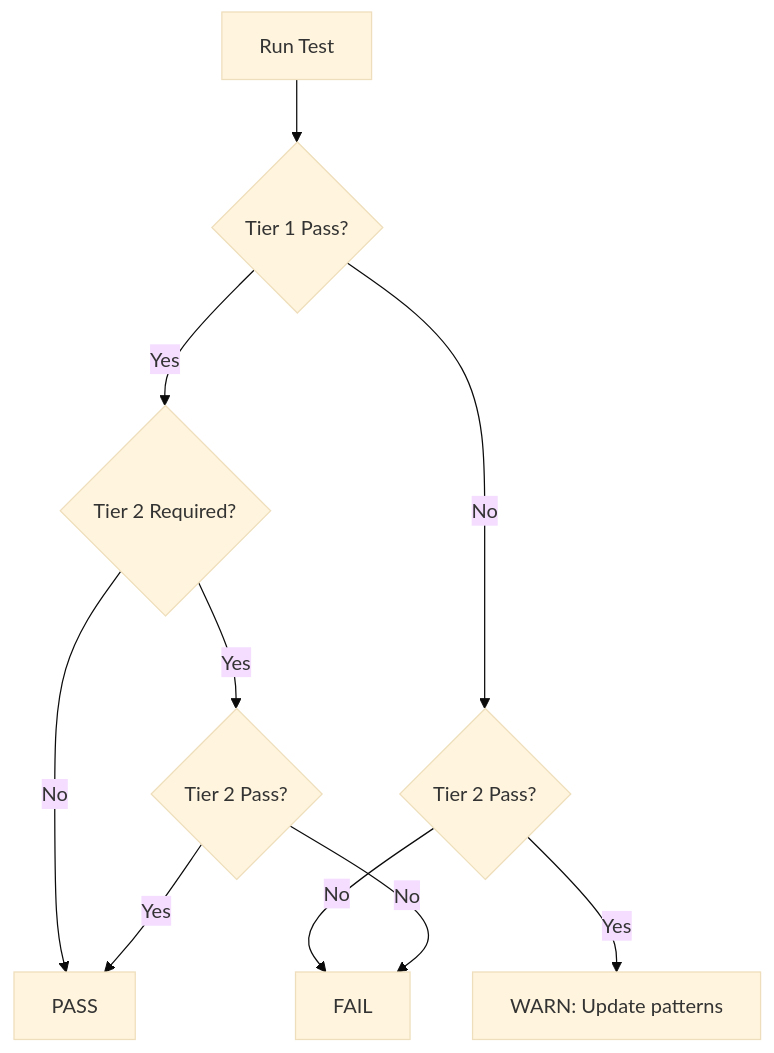
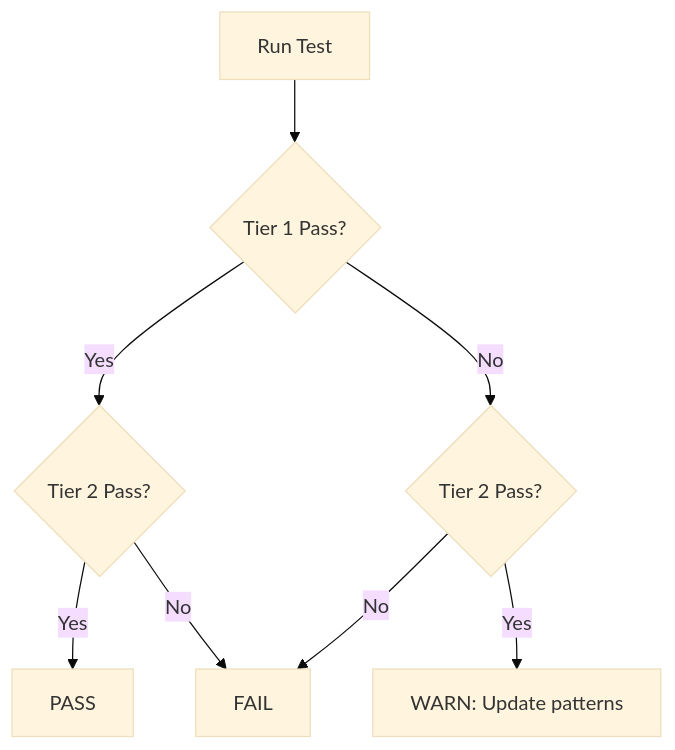
Before and after one commit to MCPAQL/spec: the diagram in docs/conformance-testing.md, drawn with Mermaid (base theme). The commit also changed other lines of this file and 1 other file, not shown here.

Commit message:
spec: tighten conformance runner docs

````diff
--- a/docs/conformance-testing.md
+++ b/docs/conformance-testing.md
@@ -360,12 +361,10 @@
 ```mermaid
 graph TD
     A[Run Test] --> B{Tier 1 Pass?}
-    B -->|Yes| C{Tier 2 Required?}
+    B -->|Yes| C{Tier 2 Pass?}
     B -->|No| D{Tier 2 Pass?}
-    C -->|No| E[PASS]
-    C -->|Yes| F{Tier 2 Pass?}
+    C -->|Yes| E[PASS]
+    C -->|No| F[FAIL]
     D -->|Yes| G[WARN: Update patterns]
-    D -->|No| H[FAIL]
-    F -->|Yes| E
-    F -->|No| H
+    D -->|No| F
 ```
````
